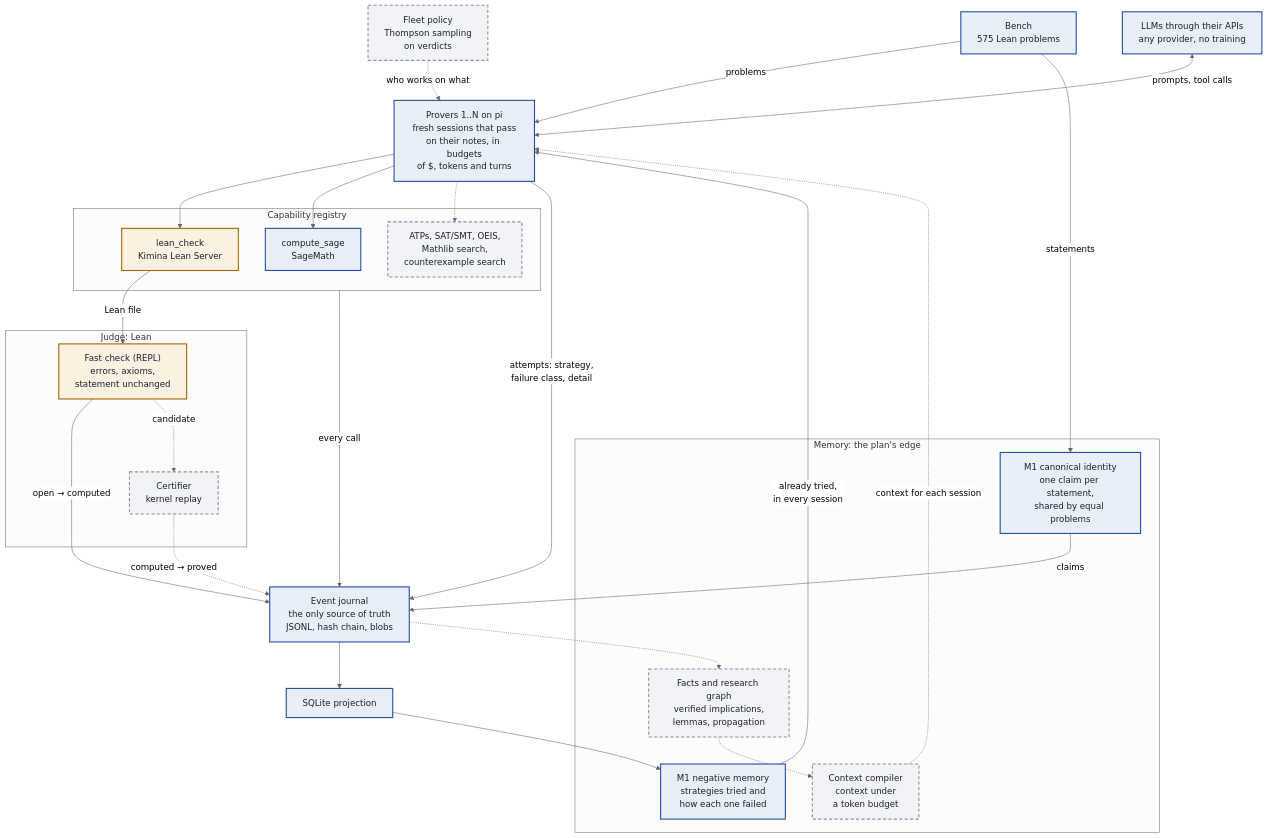
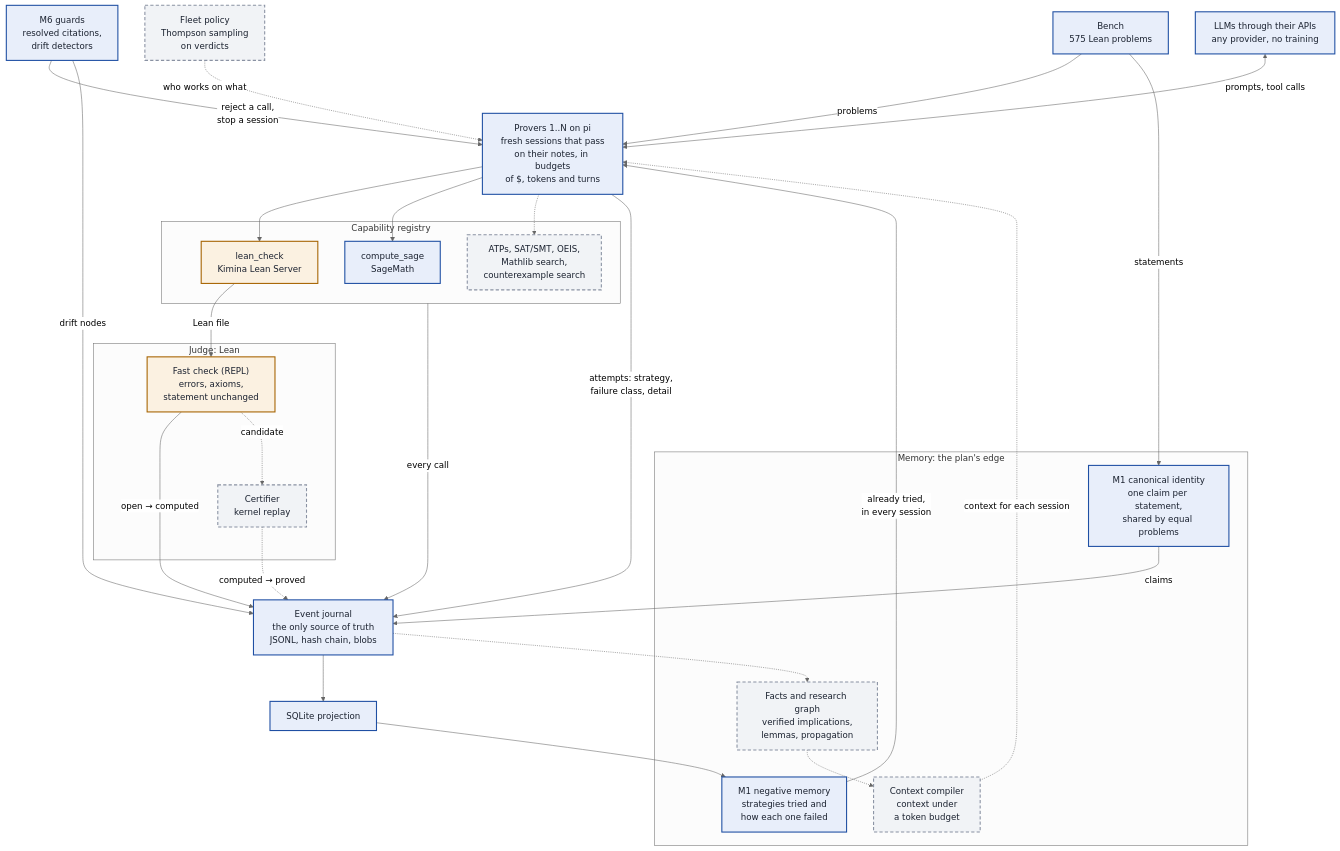
The diagram in README.md (Kdevos12/seshat), drawn with Mermaid (neutral theme) before and after one commit. The commit also changed other lines of this file and 23 other files, not shown here.

First line of the commit message:
Add M6: guards against hallucination and drift detectors

````diff
--- a/README.md
+++ b/README.md
@@ -17,52 +17,55 @@
 ```mermaid
 flowchart TB
   classDef built fill:#e8eefa,stroke:#1f4fa3,stroke-width:2px,color:#1b2230
   classDef wait fill:#fbf1e1,stroke:#a66300,stroke-width:2px,color:#1b2230
   classDef planned fill:#f1f3f6,stroke:#8a92a3,stroke-width:2px,stroke-dasharray:6 4,color:#1b2230
 
   bench["Bench<br/>575 Lean problems"]:::built
   fleet["Fleet policy<br/>Thompson sampling<br/>on verdicts"]:::planned
+  guards["M6 guards<br/>resolved citations,<br/>drift detectors"]:::built
   llm["LLMs through their APIs<br/>any provider, no training"]:::built
   provers["Provers 1..N on pi<br/>fresh sessions that pass<br/>on their notes, in budgets<br/>of $, tokens and turns"]:::built
 
   subgraph TOOLS["Capability registry"]
     leancheck["lean_check<br/>Kimina Lean Server"]:::wait
     sage["compute_sage<br/>SageMath"]:::built
     moretools["ATPs, SAT/SMT, OEIS,<br/>Mathlib search,<br/>counterexample search"]:::planned
   end
 
   subgraph JUDGE["Judge: Lean"]
     fast["Fast check (REPL)<br/>errors, axioms,<br/>statement unchanged"]:::wait
     certifier["Certifier<br/>kernel replay"]:::planned
   end
 
   journal["Event journal<br/>the only source of truth<br/>JSONL, hash chain, blobs"]:::built
   projection["SQLite projection"]:::built
 
   subgraph MEMORY["Memory: the plan's edge"]
     identity["M1 canonical identity<br/>one claim per statement,<br/>shared by equal problems"]:::built
     tried["M1 negative memory<br/>strategies tried and<br/>how each one failed"]:::built
     kg["Facts and research graph<br/>verified implications,<br/>lemmas, propagation"]:::planned
     compiler["Context compiler<br/>context under<br/>a token budget"]:::planned
   end
 
   bench -->|problems| provers
   bench -->|statements| identity
   identity -->|claims| journal
   fleet -.->|"who works on what"| provers
+  guards -->|"reject a call,<br/>stop a session"| provers
+  guards -->|"drift nodes"| journal
   llm <-->|"prompts, tool calls"| provers
   provers --> leancheck & sage
   provers -.-> moretools
   leancheck -->|Lean file| fast
   fast -->|"open → computed"| journal
   fast -.->|candidate| certifier
   certifier -.->|"computed → proved"| journal
   TOOLS -->|"every call"| journal
   provers -->|"attempts: strategy,<br/>failure class, detail"| journal
   journal --> projection
   projection --> tried
   tried -->|"already tried,<br/>in every session"| provers
   journal -.-> kg
   kg -.-> compiler
   compiler -.->|"context for each session"| provers
 ```
````
